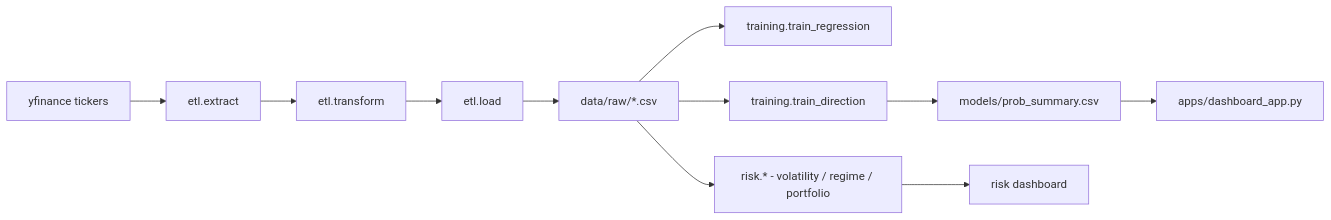
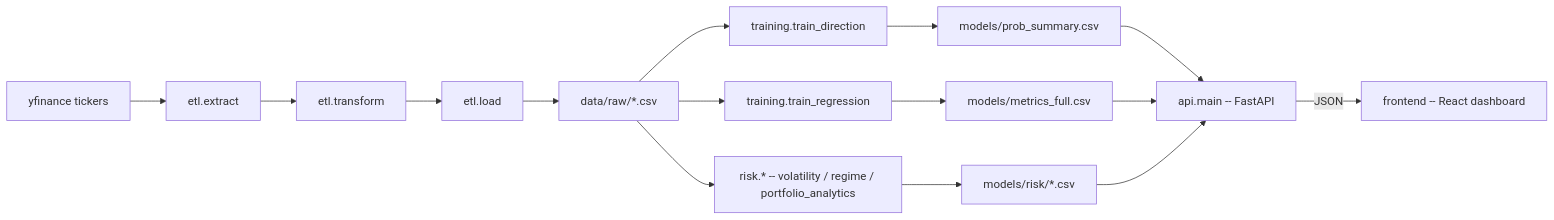
The diagram in README.md (ShadowBlack33/AlphaQuant), drawn with Mermaid before and after one commit. The commit also changed other lines of this file and 25 other files, not shown here.

Commit message:
docs: unificar README (pipeline + API + dashboard)

````diff
--- a/README.md
+++ b/README.md
@@ -41,13 +47,15 @@
 ```mermaid
 flowchart LR
   A[yfinance tickers] --> B[etl.extract]
   B --> C[etl.transform]
   C --> D[etl.load]
   D --> R[data/raw/*.csv]
   R --> E[training.train_regression]
   R --> F[training.train_direction]
-  R --> RISK[risk.* - volatility / regime / portfolio]
+  R --> RISK[risk.* -- volatility / regime / portfolio_analytics]
+  E --> M[models/metrics_full.csv]
   F --> S[models/prob_summary.csv]
-  RISK --> H[risk dashboard]
-  S --> W[apps/dashboard_app.py]
+  RISK --> MR[models/risk/*.csv]
+  S & M & MR --> API[api.main -- FastAPI]
+  API -->|JSON| FE[frontend -- React dashboard]
 ```
````
